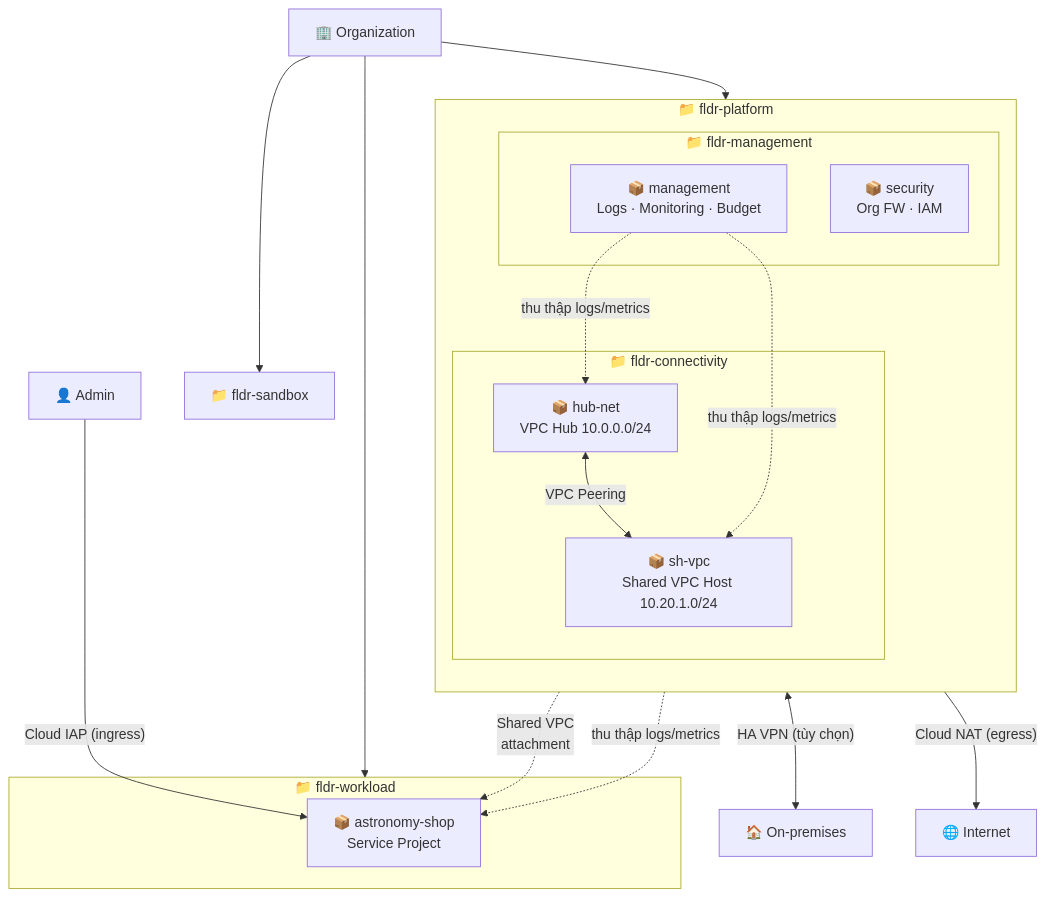
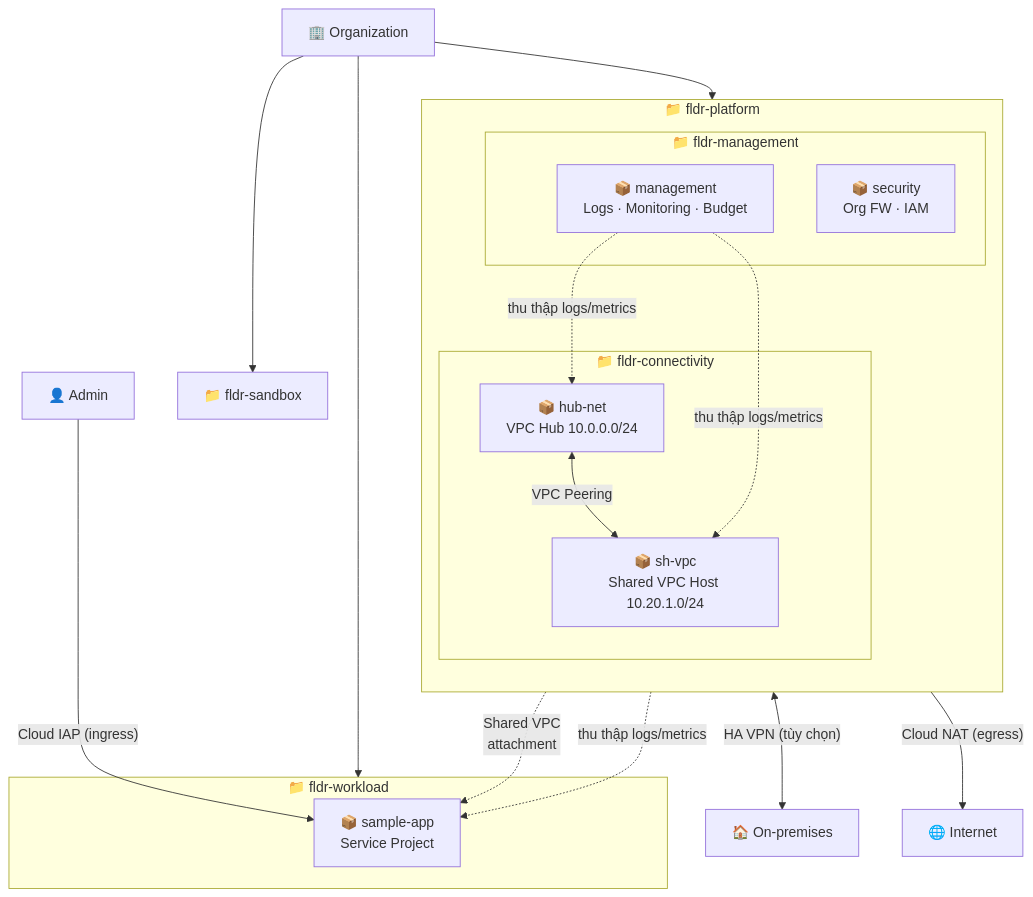
The first of 2 diagrams in README.md (sontxdev04/Landing-Zone-GCP), drawn with Mermaid before and after one commit. The commit also changed other lines of this file and 23 other files, not shown here.

Commit message:
feat(template): rename astronomy-shop→sample-app, add sample VM for monitoring, ease docs copy-paste

````diff
--- a/README.md
+++ b/README.md
@@ -97,36 +97,36 @@
 ```mermaid
 flowchart TD
     ORG["🏢 Organization"]
 
     subgraph PLATFORM["📁 fldr-platform"]
         direction TB
         subgraph CONN_F["📁 fldr-connectivity"]
             HUB["📦 hub-net<br/>VPC Hub 10.0.0.0/24"]
             SHVPC["📦 sh-vpc<br/>Shared VPC Host 10.20.1.0/24"]
         end
         subgraph MGMT_F["📁 fldr-management"]
             MGMT["📦 management<br/>Logs · Monitoring · Budget"]
             SEC["📦 security<br/>Org FW · IAM"]
         end
     end
 
     subgraph WORKLOAD_F["📁 fldr-workload"]
-        ASTRO["📦 astronomy-shop<br/>Service Project"]
+        APP["📦 sample-app<br/>Service Project"]
     end
 
     SANDBOX["📁 fldr-sandbox"]
 
     ORG --> PLATFORM
     ORG --> WORKLOAD_F
     ORG --> SANDBOX
 
     HUB <-->|"VPC Peering"| SHVPC
-    SHVPC -.->|"Shared VPC<br/>attachment"| ASTRO
+    SHVPC -.->|"Shared VPC<br/>attachment"| APP
     HUB <-->|"HA VPN (tùy chọn)"| ONPREM["🏠 On-premises"]
     SHVPC -->|"Cloud NAT (egress)"| INTERNET["🌐 Internet"]
-    ADMIN["👤 Admin"] -->|"Cloud IAP (ingress)"| ASTRO
+    ADMIN["👤 Admin"] -->|"Cloud IAP (ingress)"| APP
 
     MGMT -. "thu thập logs/metrics" .-> HUB
     MGMT -. "thu thập logs/metrics" .-> SHVPC
-    MGMT -. "thu thập logs/metrics" .-> ASTRO
+    MGMT -. "thu thập logs/metrics" .-> APP
 ```
````
